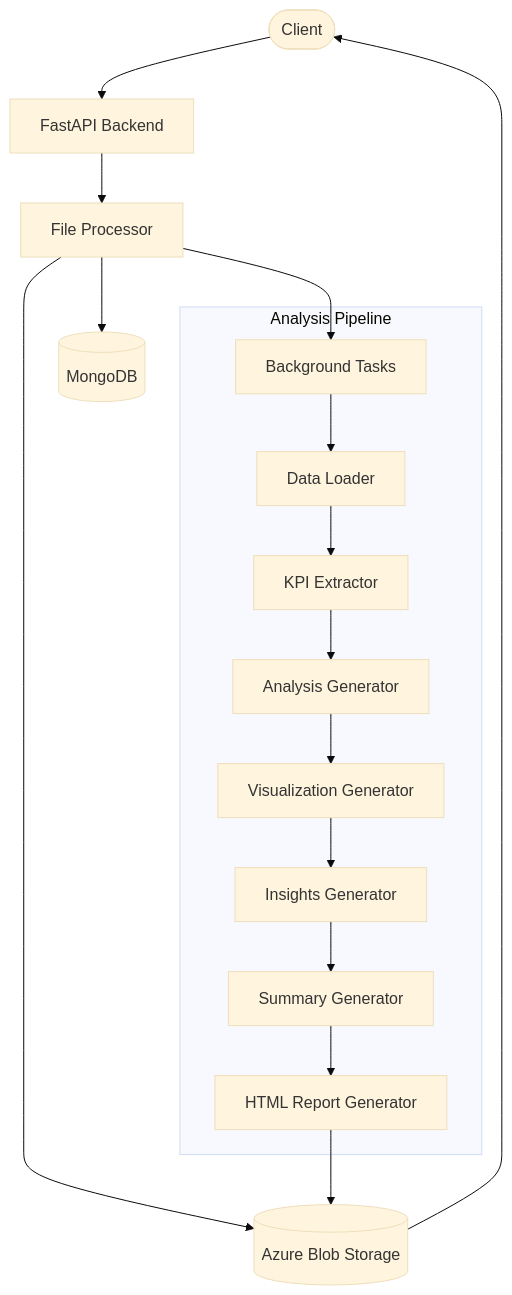
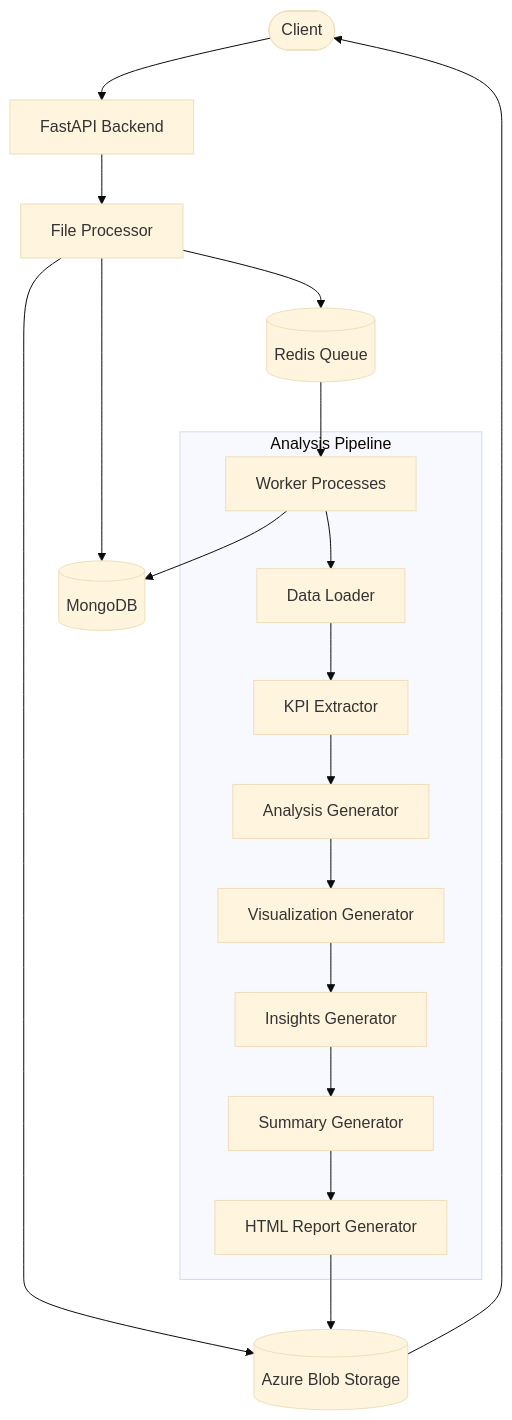
One commit to aditya699/deep-analysis changed the first of 4 diagrams in README.md. Above: the diagram before and after it, drawn with Mermaid (base theme). The commit also changed other lines of this file and 1 other file, not shown here.

Commit message:
added reamde and queue

````diff
--- a/README.md
+++ b/README.md
@@ -10,21 +10,24 @@
 ```mermaid
 flowchart TB
     Client([Client]) --> API[FastAPI Backend]
     API --> FileProcessor[File Processor]
     FileProcessor --> BlobStorage[(Azure Blob Storage)]
     FileProcessor --> MongoDB[(MongoDB)]
-    FileProcessor --> BackgroundTasks[Background Tasks]
+    FileProcessor --> RedisQueue[(Redis Queue)]
+    
+    RedisQueue --> Workers[Worker Processes]
     
     subgraph "Analysis Pipeline"
-        BackgroundTasks --> DataLoader[Data Loader]
+        Workers --> DataLoader[Data Loader]
         DataLoader --> KPIExtractor[KPI Extractor]
         KPIExtractor --> Analysis[Analysis Generator]
         Analysis --> Visualization[Visualization Generator]
         Visualization --> InsightsGenerator[Insights Generator]
         InsightsGenerator --> SummaryGenerator[Summary Generator]
         SummaryGenerator --> ReportGenerator[HTML Report Generator]
     end
     
     ReportGenerator --> BlobStorage
+    Workers --> MongoDB
     BlobStorage --> Client
 ```
````
